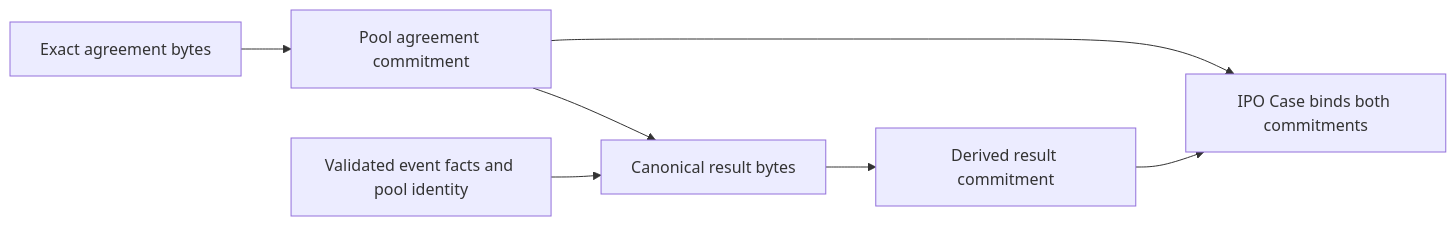
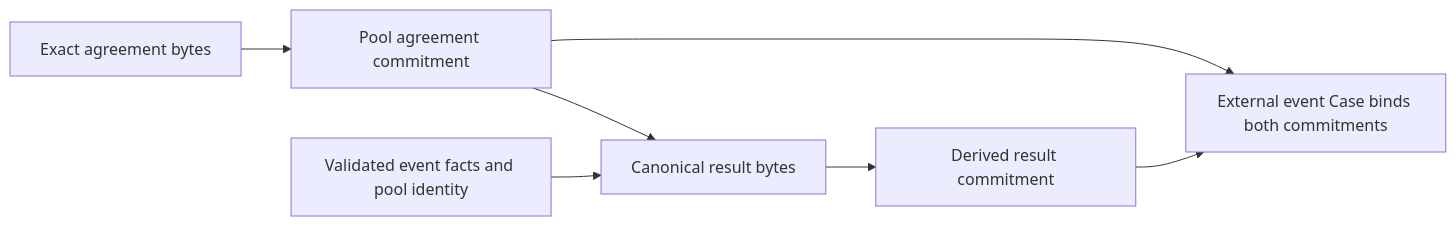
One commit to binqbit/manteon changed the diagram in docs/agreements.md. Above: the diagram before and after it, drawn with Mermaid. The commit also changed other lines of this file and 33 other files, not shown here.

First line of the commit message:
Generalize company IPO markets to external events

````diff
--- a/docs/agreements.md
+++ b/docs/agreements.md
@@ -55,9 +55,9 @@
 ```mermaid
 flowchart LR
     Agreement["Exact agreement bytes"] --> AgreementHash["Pool agreement commitment"]
     Facts["Validated event facts and pool identity"] --> Canonical["Canonical result bytes"]
     AgreementHash --> Canonical
     Canonical --> ResultHash["Derived result commitment"]
-    AgreementHash --> IPO["IPO Case binds both commitments"]
-    ResultHash --> IPO
+    AgreementHash --> Review["External event Case binds both commitments"]
+    ResultHash --> Review
 ```
````
